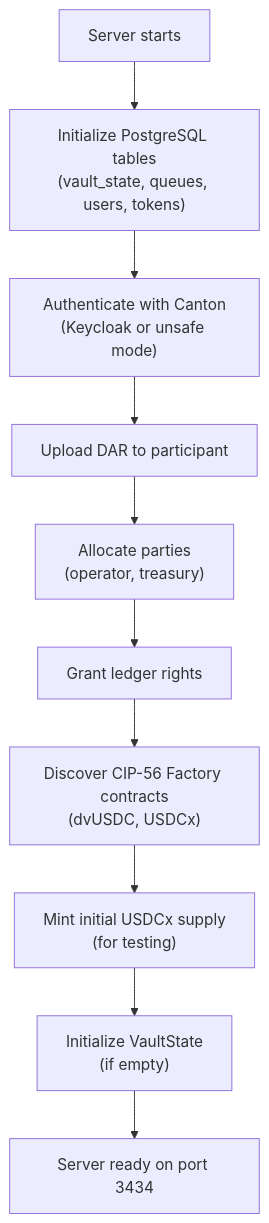
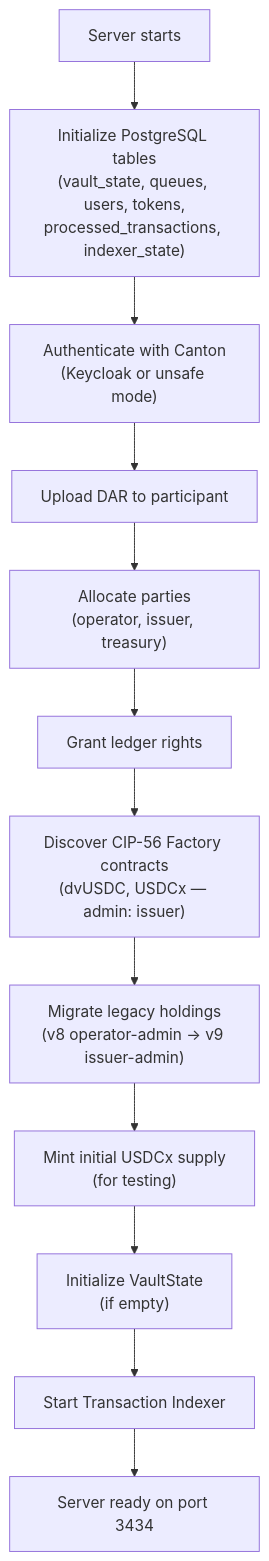
Diagram 12 of 13 in ARCHITECTURE.md (dittonetwork/ditto-ccvault), drawn with Mermaid before and after one commit. The commit also changed other lines of this file and 1 other file, not shown here.

First line of the commit message:
docs: update for v9 architecture — party separation, indexer, custodial USDCx

````diff
--- a/ARCHITECTURE.md
+++ b/ARCHITECTURE.md
@@ -513,12 +732,14 @@
 ```mermaid
 flowchart TD
-    A["Server starts"] --> B["Initialize PostgreSQL tables\n(vault_state, queues, users, tokens)"]
+    A["Server starts"] --> B["Initialize PostgreSQL tables\n(vault_state, queues, users, tokens,\nprocessed_transactions, indexer_state)"]
     B --> C["Authenticate with Canton\n(Keycloak or unsafe mode)"]
     C --> D["Upload DAR to participant"]
-    D --> E["Allocate parties\n(operator, treasury)"]
+    D --> E["Allocate parties\n(operator, issuer, treasury)"]
     E --> F["Grant ledger rights"]
-    F --> G["Discover CIP-56 Factory contracts\n(dvUSDC, USDCx)"]
-    G --> H["Mint initial USDCx supply\n(for testing)"]
-    H --> I["Initialize VaultState\n(if empty)"]
-    I --> J["Server ready on port 3434"]
+    F --> G["Discover CIP-56 Factory contracts\n(dvUSDC, USDCx — admin: issuer)"]
+    G --> H["Migrate legacy holdings\n(v8 operator-admin → v9 issuer-admin)"]
+    H --> I["Mint initial USDCx supply\n(for testing)"]
+    I --> J["Initialize VaultState\n(if empty)"]
+    J --> K["Start Transaction Indexer"]
+    K --> L["Server ready on port 3434"]
 ```
````
